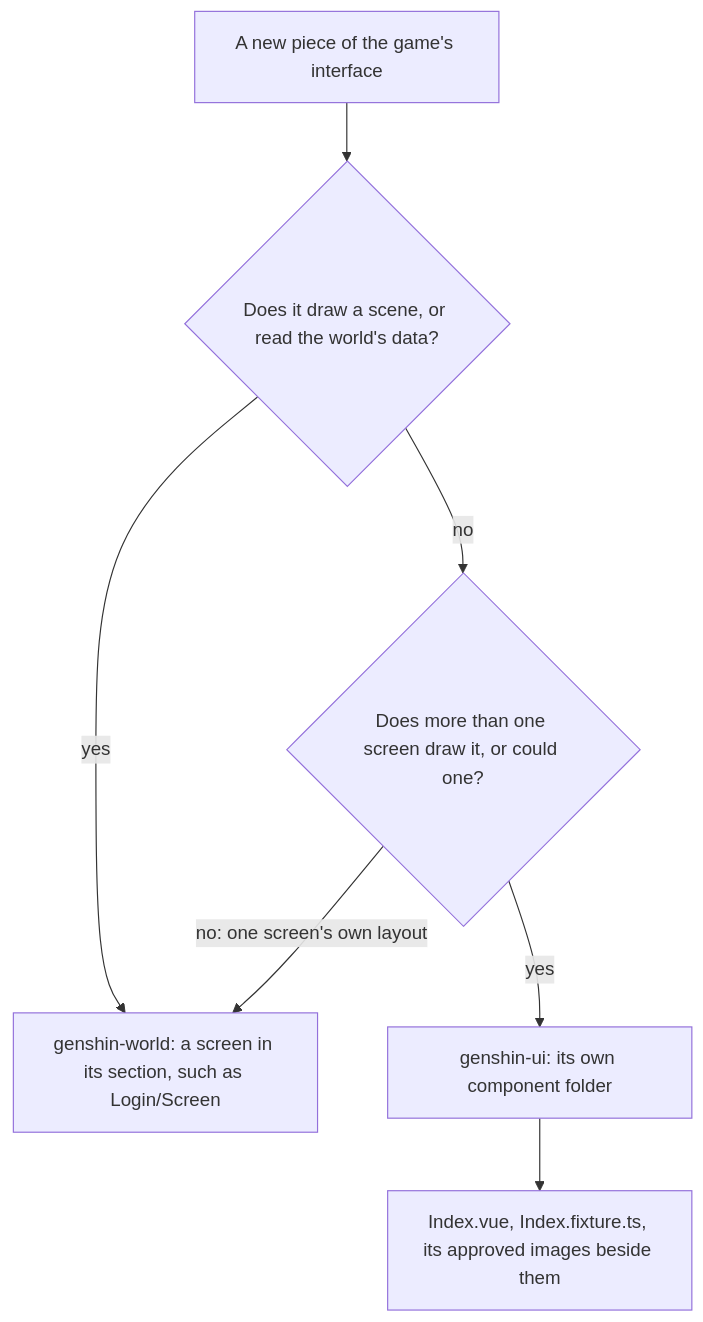
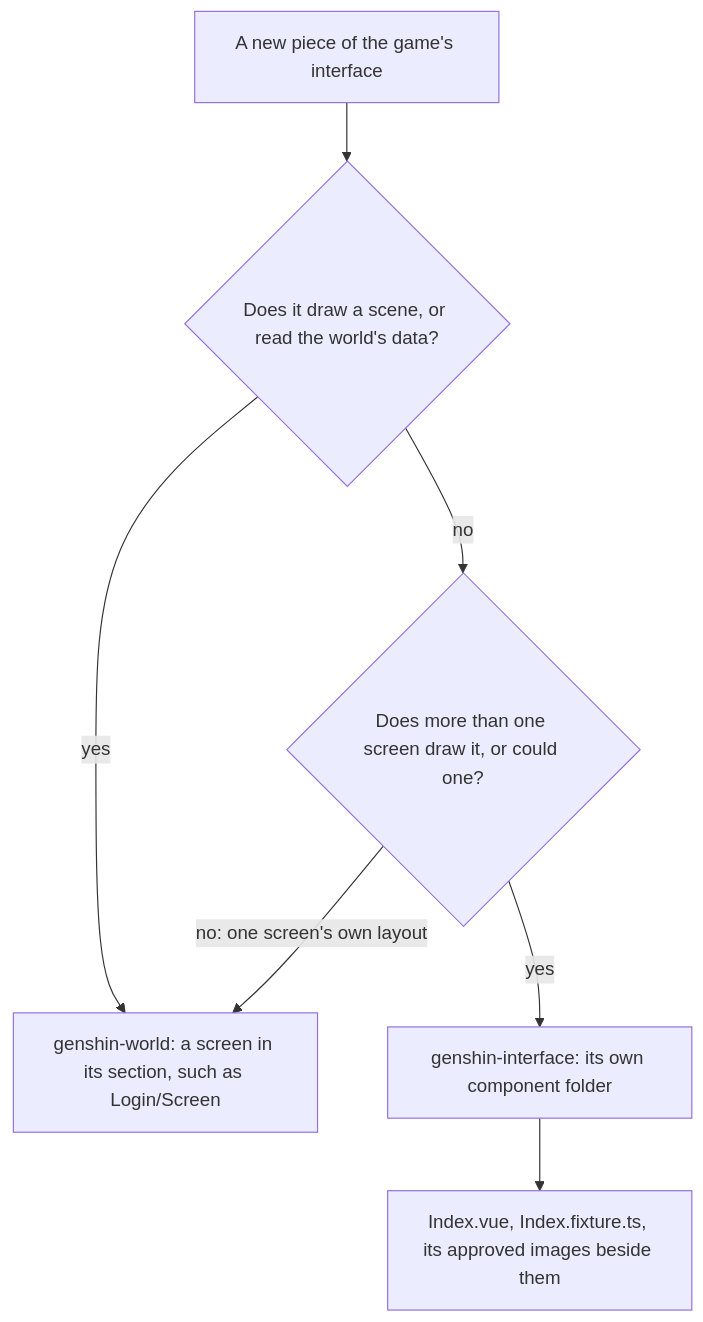
One commit to Esposter/Esposter changed the diagram in apps/web/content/docs/genshin/interface-library.md. Above: the diagram before and after it, drawn with Mermaid. The commit also changed other lines of this file and 30 other files, not shown here.

First line of the commit message:
refactor(genshin-interface): point every consumer at genshin-interface

````diff
--- a/apps/web/content/docs/genshin/interface-library.md
+++ b/apps/web/content/docs/genshin/interface-library.md
@@ -12,9 +12,9 @@
 ```mermaid
 flowchart TD
   P[A new piece of the game's interface] --> Q{Does it draw a scene, or read the world's data?}
   Q -->|yes| W[genshin-world: a screen in its section, such as Login/Screen]
   Q -->|no| R{Does more than one screen draw it, or could one?}
-  R -->|yes| U[genshin-ui: its own component folder]
+  R -->|yes| U[genshin-interface: its own component folder]
   R -->|"no: one screen's own layout"| W
   U --> F[Index.vue, Index.fixture.ts, its approved images beside them]
 ```
````
